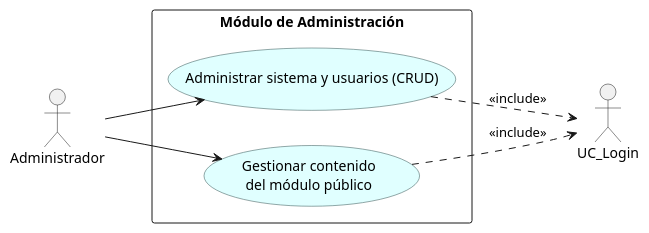
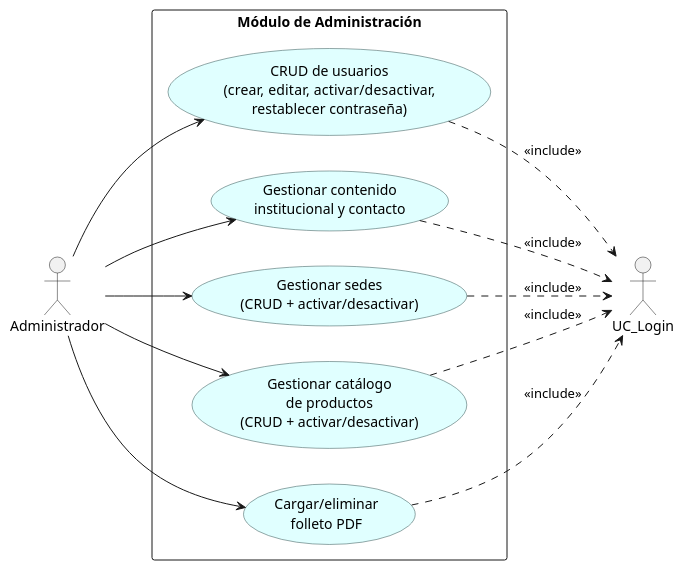
The diagram in docs/diagramas/casos_uso/03_modulo_administracion.puml (ElianMMCode/Zone-Control), drawn with PlantUML before and after one commit. The commit also changed 2 other files, not shown here.

Commit message:
docs(admin): update HU-05, PLAN, and use case diagram for Fase 5 changes
- HU-05: reflect auto-generated temp password flow (no admin-provided pw)
- PLAN: update model tables with Status enum, new admin content endpoints
- Use case diagram: split admin module into detailed sub-usecases

```diff
--- a/docs/diagramas/casos_uso/03_modulo_administracion.puml
+++ b/docs/diagramas/casos_uso/03_modulo_administracion.puml
@@ -1,21 +1,30 @@
 @startuml
 skinparam usecase {
     BackgroundColor LightCyan
     BorderColor DarkSlateGray
 }
 skinparam packageStyle rectangle
 left to right direction
 
 actor "Administrador" as Admin
 
 package "Módulo de Administración" {
-    usecase "Administrar sistema y usuarios (CRUD)" as UC_Admin1
-    usecase "Gestionar contenido\ndel módulo público" as UC_Admin2
+    usecase "CRUD de usuarios\n(crear, editar, activar/desactivar,\nrestablecer contraseña)" as UC_Admin1
+    usecase "Gestionar contenido\ninstitucional y contacto" as UC_Admin2a
+    usecase "Gestionar sedes\n(CRUD + activar/desactivar)" as UC_Admin2b
+    usecase "Gestionar catálogo\nde productos\n(CRUD + activar/desactivar)" as UC_Admin2c
+    usecase "Cargar/eliminar\nfolleto PDF" as UC_Admin2d
 }
 
 Admin --> UC_Admin1
-Admin --> UC_Admin2
+Admin --> UC_Admin2a
+Admin --> UC_Admin2b
+Admin --> UC_Admin2c
+Admin --> UC_Admin2d
 UC_Admin1 ..> UC_Login : <<include>>
-UC_Admin2 ..> UC_Login : <<include>>
+UC_Admin2a ..> UC_Login : <<include>>
+UC_Admin2b ..> UC_Login : <<include>>
+UC_Admin2c ..> UC_Login : <<include>>
+UC_Admin2d ..> UC_Login : <<include>>
 
 @enduml
```
